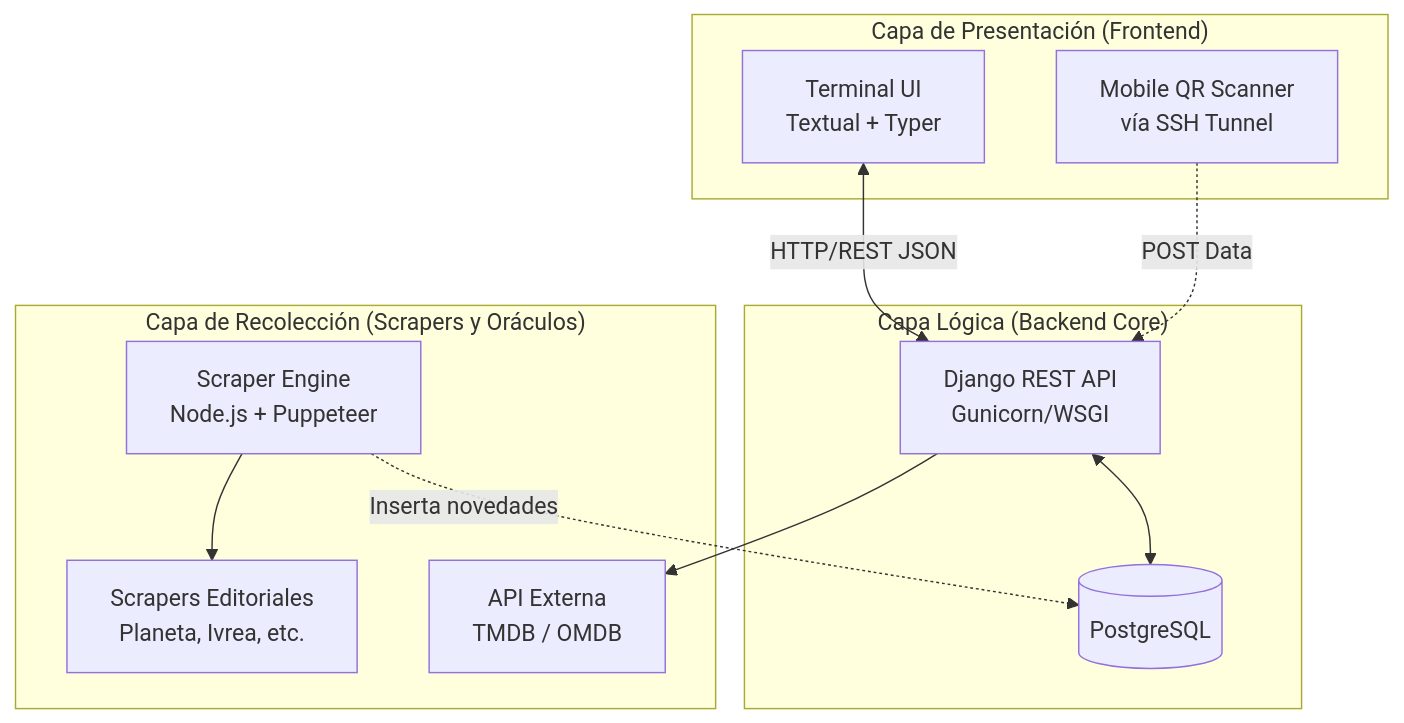
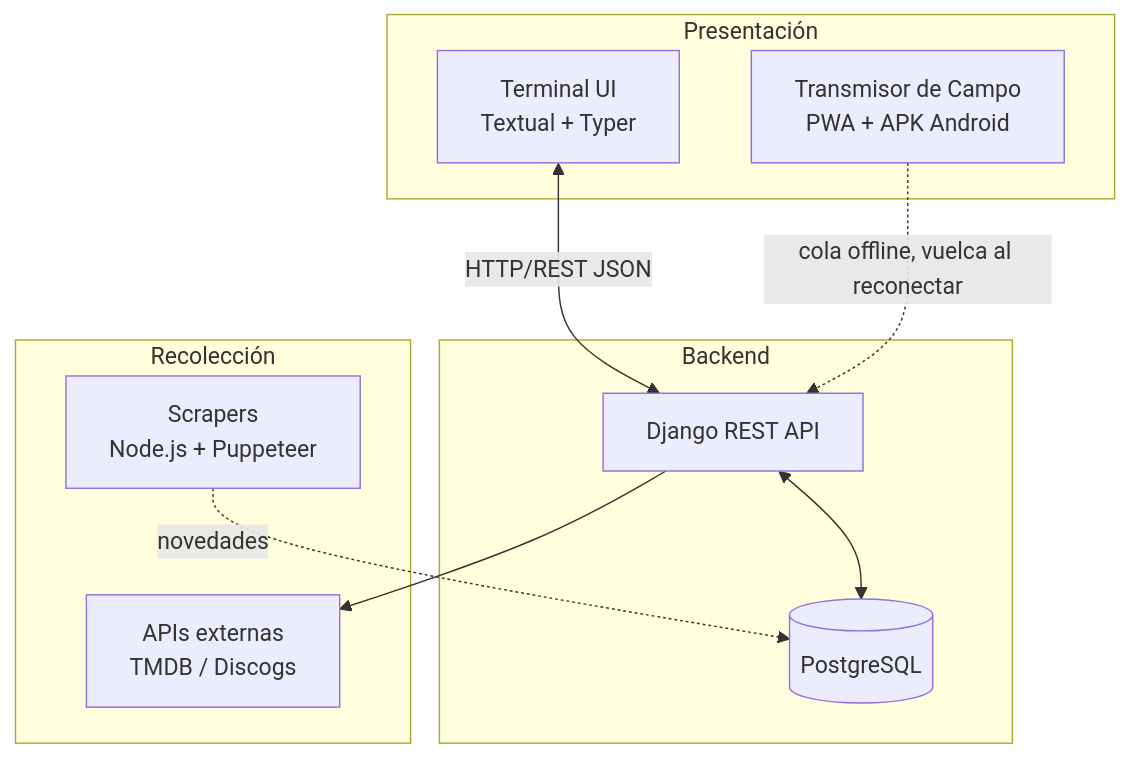
The diagram in README.md (RicketyMajor/bunker), drawn with Mermaid before and after one commit. The commit also changed other lines of this file, not shown here.

````diff
--- a/README.md
+++ b/README.md
@@ -20,25 +23,23 @@
 ```mermaid
 graph TD
-    subgraph "Capa de Presentación (Frontend)"
+    subgraph "Presentación"
         TUI[Terminal UI<br/>Textual + Typer]
-        Scanner[Mobile QR Scanner<br/>vía SSH Tunnel]
+        MOVIL[Transmisor de Campo<br/>PWA + APK Android]
     end
 
-    subgraph "Capa Lógica (Backend Core)"
-        API[Django REST API<br/>Gunicorn/WSGI]
+    subgraph "Backend"
+        API[Django REST API]
         DB[(PostgreSQL)]
         API <--> DB
     end
 
-    subgraph "Capa de Recolección (Scrapers y Oráculos)"
-        Node[Scraper Engine<br/>Node.js + Puppeteer]
-        TMDB[API Externa<br/>TMDB / OMDB]
-        Books[Scrapers Editoriales<br/>Planeta, Ivrea, etc.]
+    subgraph "Recolección"
+        Node[Scrapers<br/>Node.js + Puppeteer]
+        TMDB[APIs externas<br/>TMDB / Discogs]
     end
 
     TUI <--> |HTTP/REST JSON| API
-    Scanner -.-> |POST Data| API
-    Node -.-> |Inserta novedades| DB
-    Node --> Books
+    MOVIL -.-> |cola offline, vuelca al reconectar| API
+    Node -.-> |novedades| DB
     API --> TMDB
 ```
````
